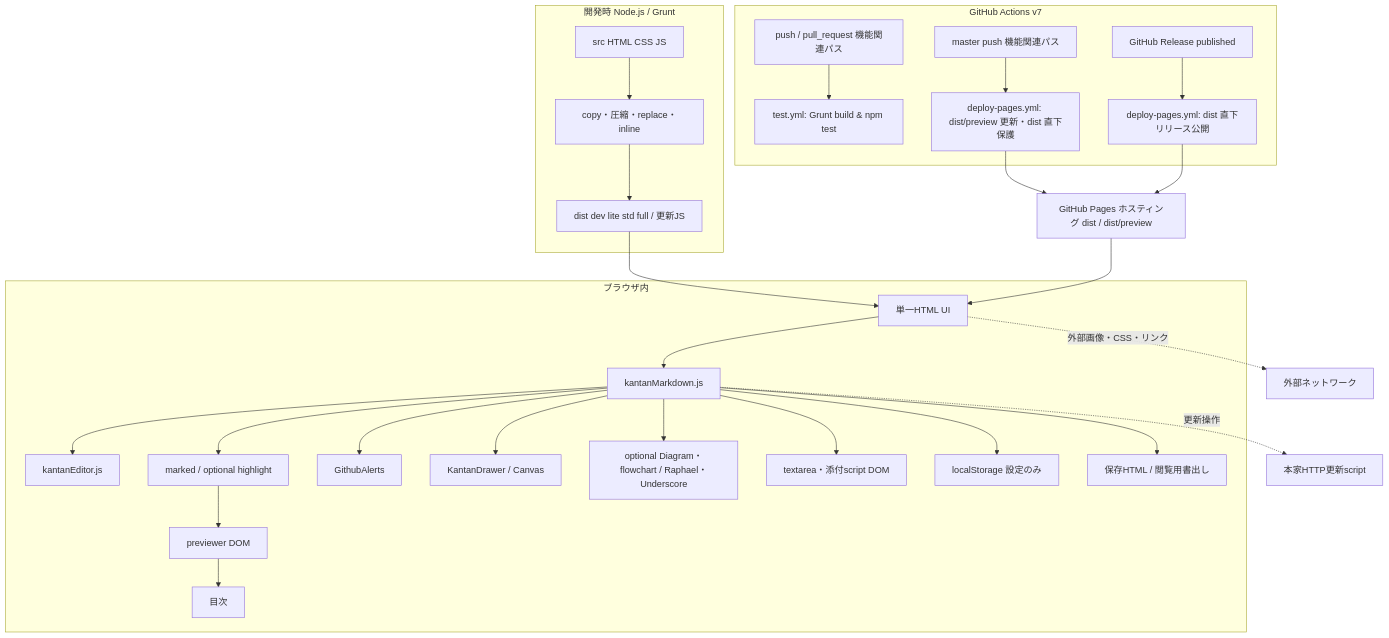
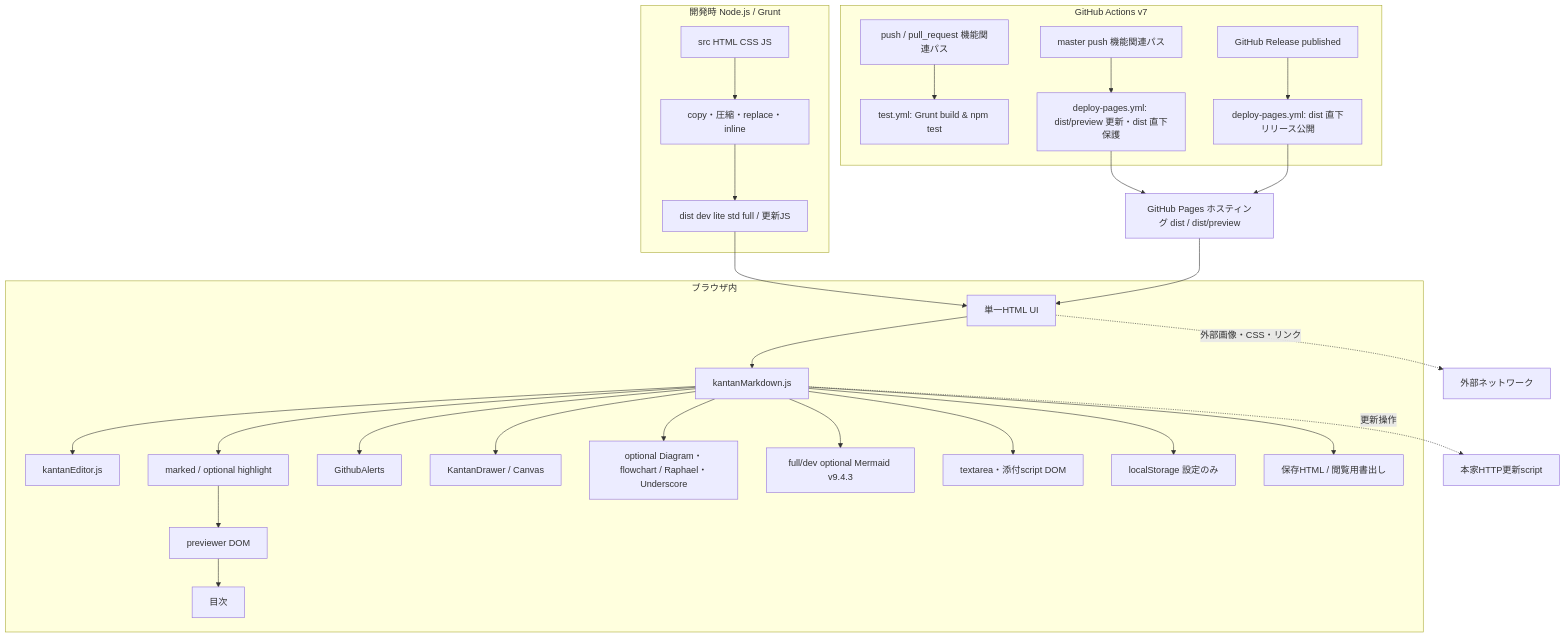
Before and after one commit to hiro-gj/KanTanMarkdown: the diagram in .gear/3_詳細設計/34_アーキテクチャ構成図.md, drawn with Mermaid. The commit also changed 25 other files, not shown here.

First line of the commit message:
feat: fullエディションにおけるGitHub準拠Mermaid記法対応

````diff
--- a/.gear/3_詳細設計/34_アーキテクチャ構成図.md
+++ b/.gear/3_詳細設計/34_アーキテクチャ構成図.md
@@ -3,31 +3,32 @@
 ```mermaid
 flowchart TD
  subgraph Dev[開発時 Node.js / Grunt]
  SRC[src HTML CSS JS] --> GRUNT[copy・圧縮・replace・inline]
  GRUNT --> DIST[dist dev lite std full / 更新JS]
  end
  subgraph CI_CD[GitHub Actions v7]
  PUSH_PR[push / pull_request 機能関連パス] --> TEST_WF[test.yml: Grunt build & npm test]
  MERGE_MASTER[master push 機能関連パス] --> DEPLOY_WF[deploy-pages.yml: dist/preview 更新・dist 直下保護]
  REL[GitHub Release published] --> DEPLOY_WF_REL[deploy-pages.yml: dist 直下リリース公開]
  end
  subgraph Browser[ブラウザ内]
  UI[単一HTML UI] --> CORE[kantanMarkdown.js]
  CORE --> EDIT[kantanEditor.js]
  CORE --> PARSE[marked / optional highlight]
  PARSE --> PREVIEW[previewer DOM]
  CORE --> ALERT[GithubAlerts]
  CORE --> DRAW[KantanDrawer / Canvas]
  CORE --> DIAGRAM[optional Diagram・flowchart / Raphael・Underscore]
+ CORE --> MERMAID[full/dev optional Mermaid v9.4.3]
  CORE --> DATA[textarea・添付script DOM]
  CORE --> SETTINGS[localStorage 設定のみ]
  CORE --> OUTPUT[保存HTML / 閲覧用書出し]
  PREVIEW --> TOC[目次]
  end
  DIST --> UI
  DEPLOY_WF --> PAGES[GitHub Pages ホスティング dist / dist/preview]
  DEPLOY_WF_REL --> PAGES
  PAGES --> UI
  CORE -. 更新操作 .-> REMOTE[本家HTTP更新script]
  UI -. 外部画像・CSS・リンク .-> NET[外部ネットワーク]
 ```
````
